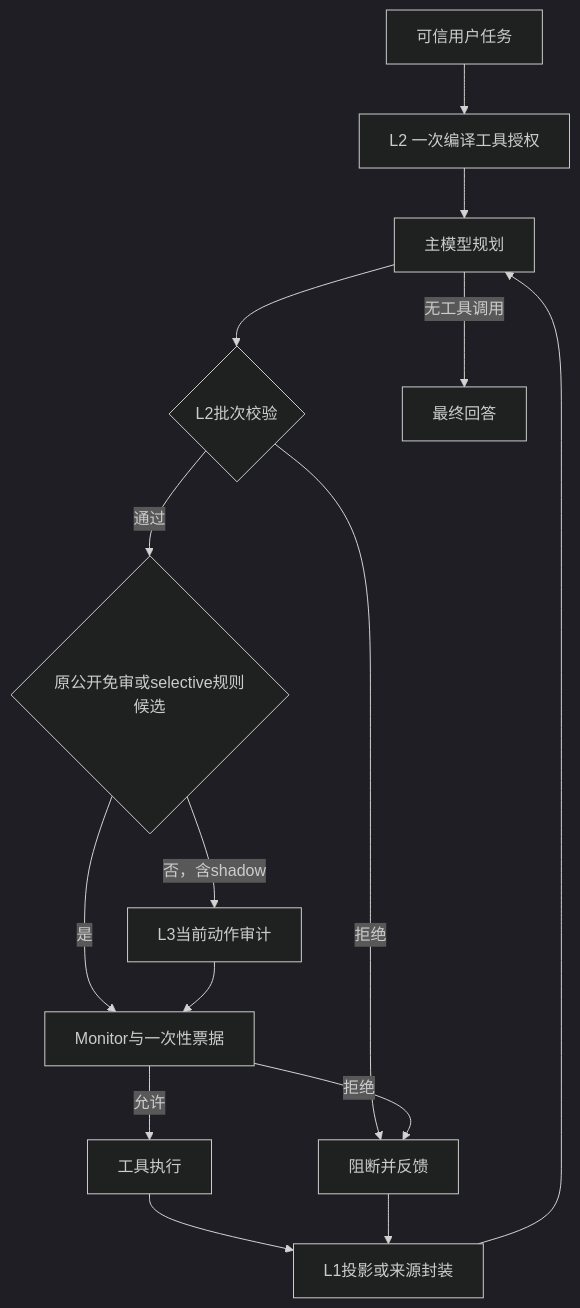
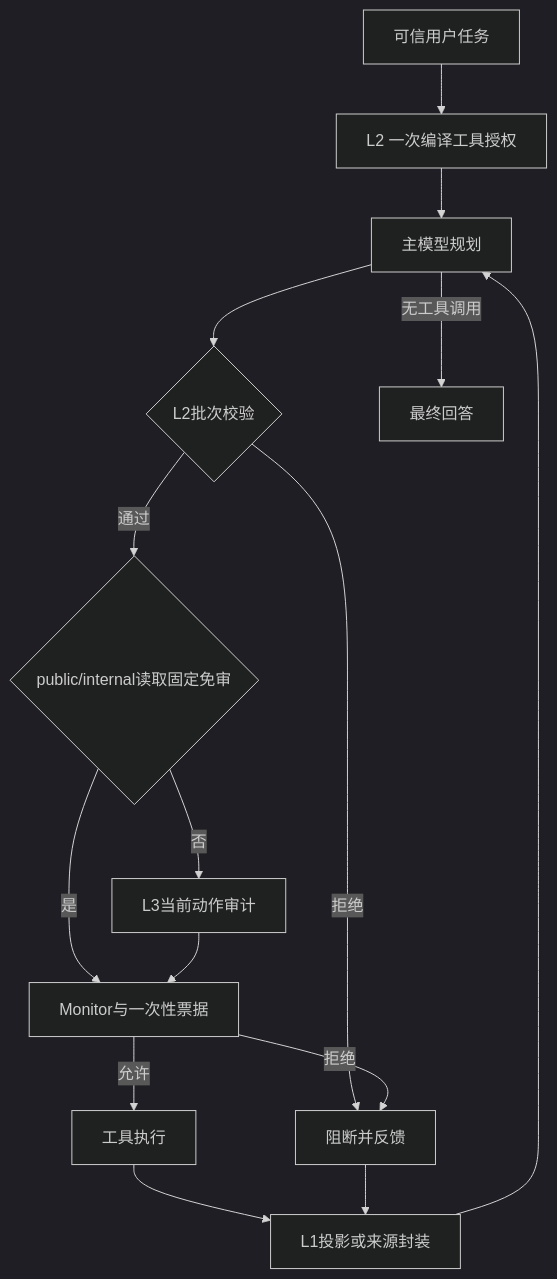
Before and after one commit to Walker-luo/DSCG: the diagram in README.md, drawn with Mermaid (dark theme). The commit also changed other lines of this file and 37 other files, not shown here.

````diff
--- a/README.md
+++ b/README.md
@@ -36,17 +36,17 @@
 ```mermaid
 flowchart TD
     U[可信用户任务] --> C[L2 一次编译工具授权]
     C --> M[主模型规划]
     M --> P{L2批次校验}
     P -->|拒绝| D[阻断并反馈]
-    P -->|通过| R{原公开免审或selective规则候选}
+    P -->|通过| R{public/internal读取固定免审}
     R -->|是| V[Monitor与一次性票据]
-    R -->|否，含shadow| A[L3当前动作审计]
+    R -->|否| A[L3当前动作审计]
     A --> V
     V -->|允许| E[工具执行]
     V -->|拒绝| D
     E --> L[L1投影或来源封装]
     D --> L
     L --> M
     M -->|无工具调用| F[最终回答]
 ```
````
